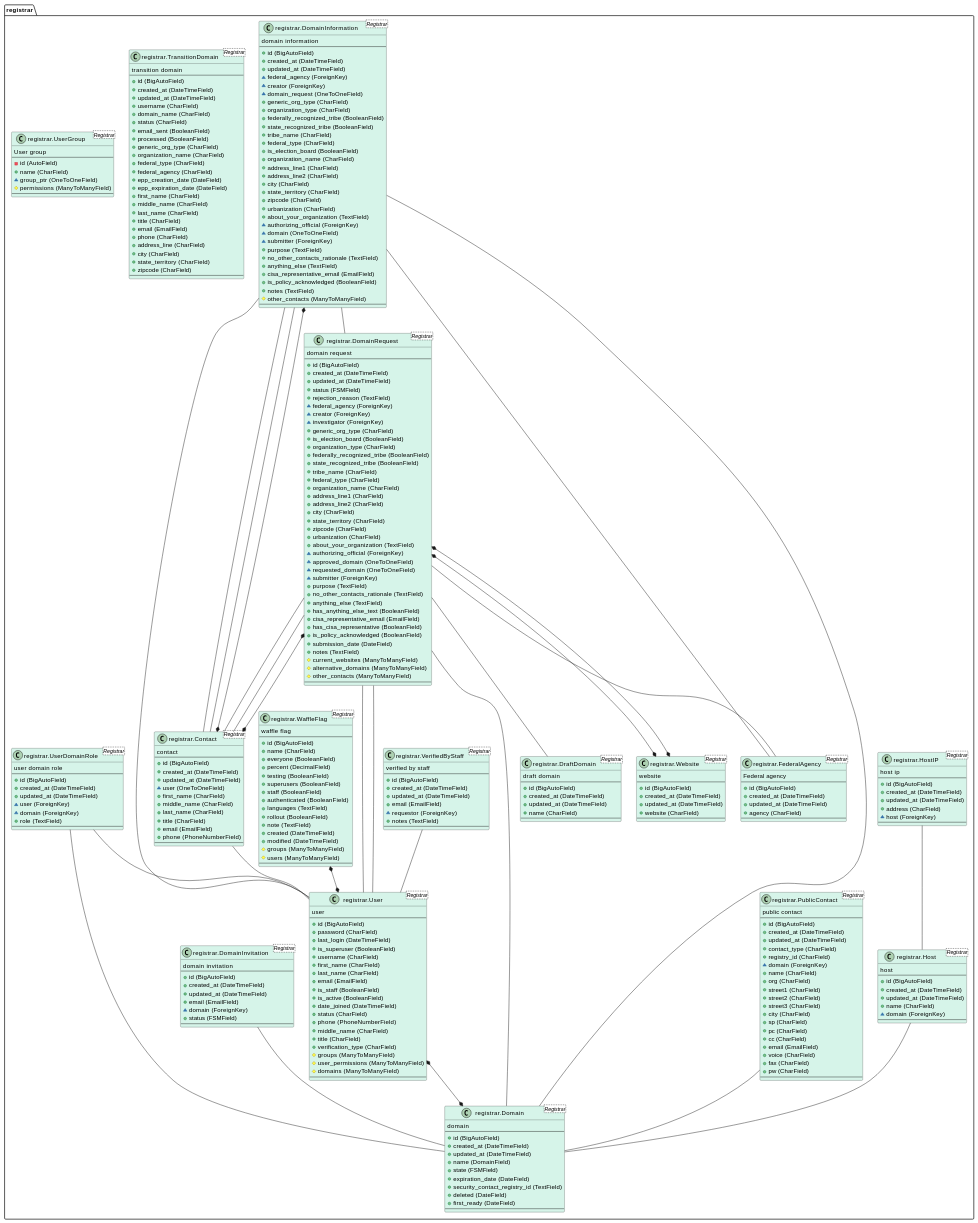
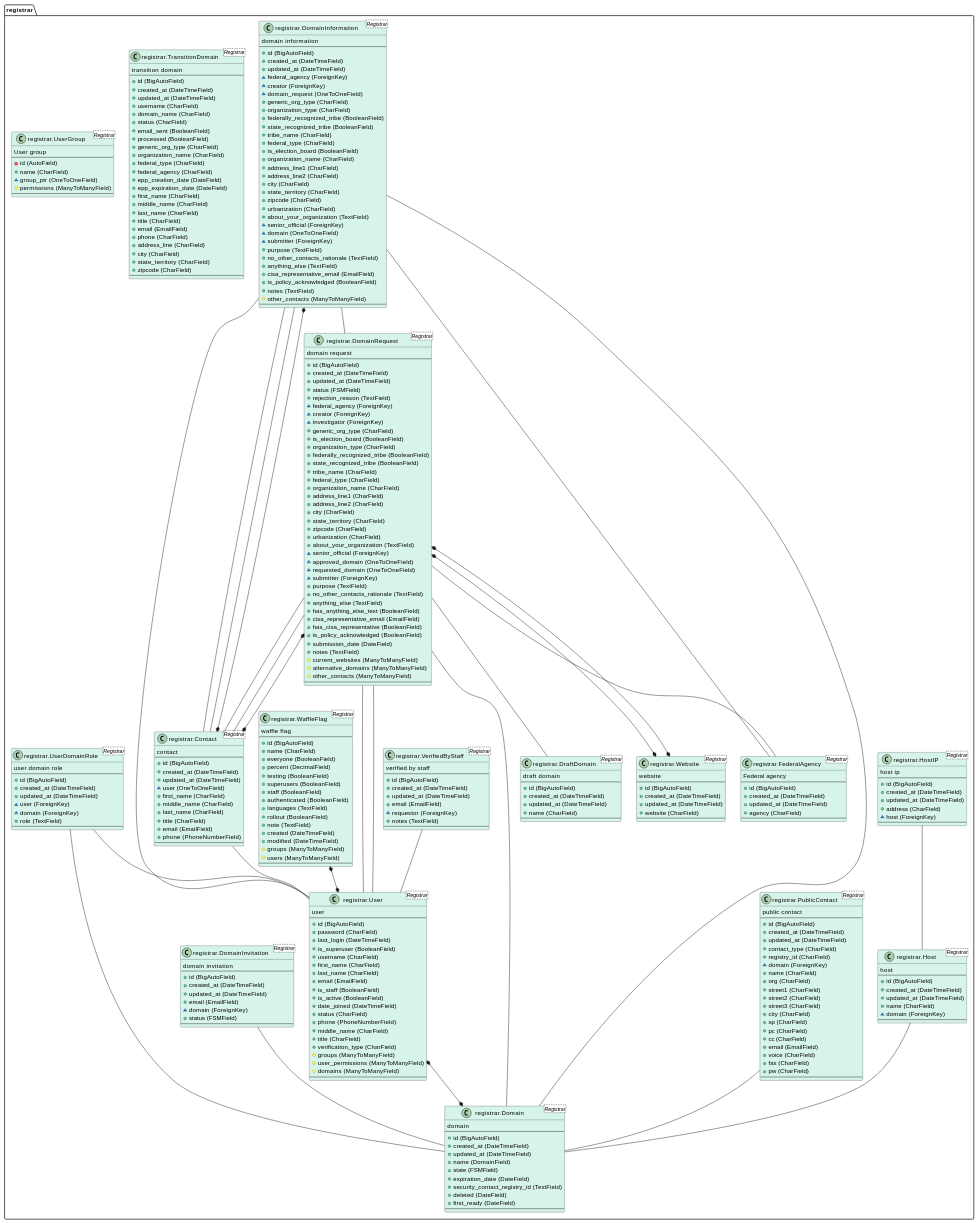
The diagram in docs/architecture/diagrams/models_diagram.md (cisagov/manage.get.gov), drawn with PlantUML before and after one commit. The commit also changed 40 other files, not shown here.

Commit message:
Base run through of changes from authorizing to senior

```diff
--- a/docs/architecture/diagrams/models_diagram.md
+++ b/docs/architecture/diagrams/models_diagram.md
@@ -156,7 +156,7 @@
     + zipcode (CharField)
     + urbanization (CharField)
     + about_your_organization (TextField)
-    ~ authorizing_official (ForeignKey)
+    ~ senior_official (ForeignKey)
     ~ approved_domain (OneToOneField)
     ~ requested_domain (OneToOneField)
     ~ submitter (ForeignKey)
@@ -210,7 +210,7 @@
     + zipcode (CharField)
     + urbanization (CharField)
     + about_your_organization (TextField)
-    ~ authorizing_official (ForeignKey)
+    ~ senior_official (ForeignKey)
     ~ domain (OneToOneField)
     ~ submitter (ForeignKey)
     + purpose (TextField)
```
